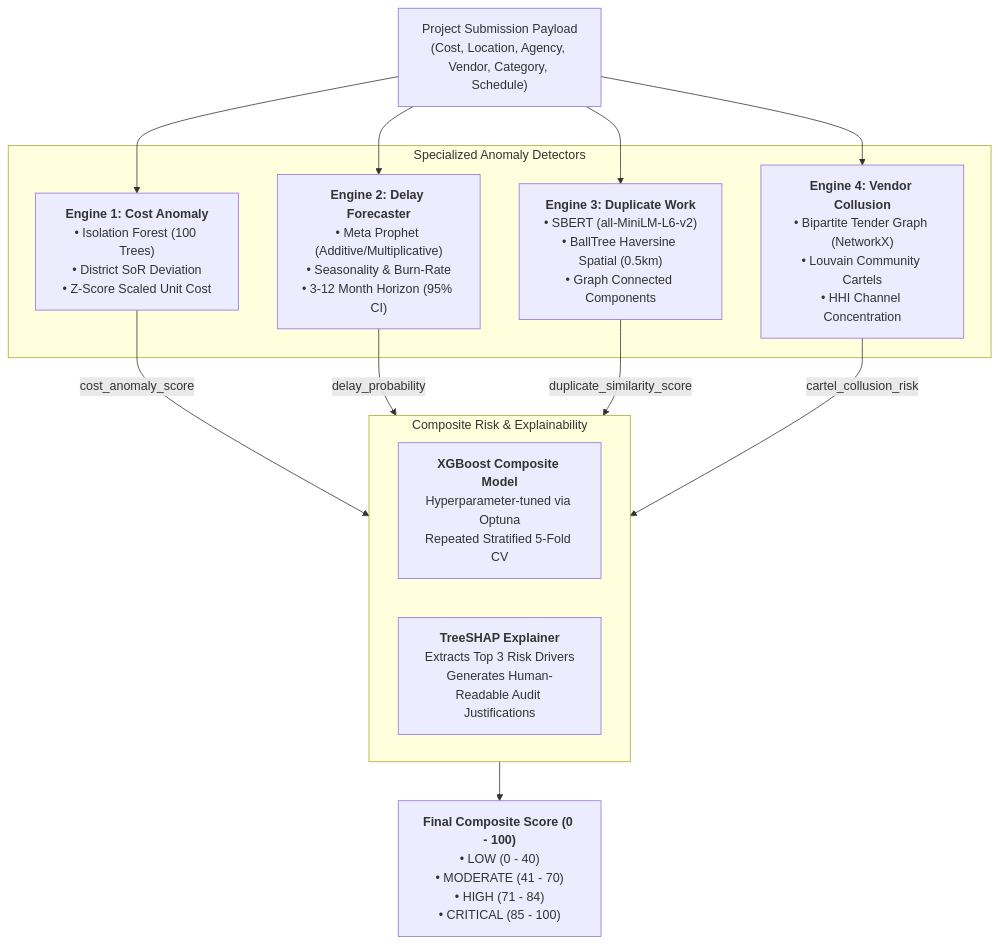
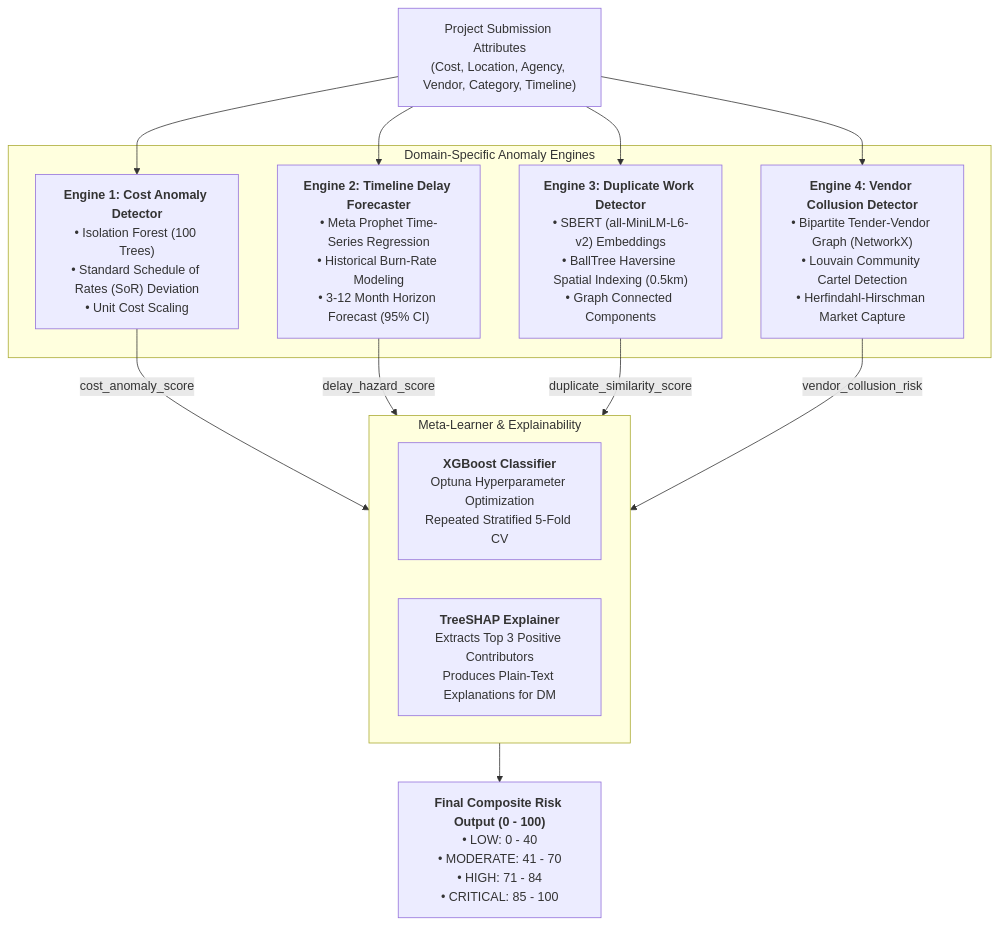
One commit to EvilLucifer00/MPLAD-Risk-Monitor changed the fourth of 7 diagrams in README.md. Above: the diagram before and after it, drawn with Mermaid. The commit also changed other lines of this file, not shown here.

````diff
--- a/README.md
+++ b/README.md
@@ -231,23 +198,23 @@
 ```mermaid
 flowchart TD
-    Raw["Project Submission Payload<br/>(Cost, Location, Agency, Vendor, Category, Schedule)"] --> E1 & E2 & E3 & E4
+    Payload["Project Submission Attributes<br/>(Cost, Location, Agency, Vendor, Category, Timeline)"] --> E1 & E2 & E3 & E4
 
-    subgraph Engines ["Specialized Anomaly Detectors"]
-        E1["<b>Engine 1: Cost Anomaly</b><br/>• Isolation Forest (100 Trees)<br/>• District SoR Deviation<br/>• Z-Score Scaled Unit Cost"]
-        E2["<b>Engine 2: Delay Forecaster</b><br/>• Meta Prophet (Additive/Multiplicative)<br/>• Seasonality & Burn-Rate<br/>• 3-12 Month Horizon (95% CI)"]
-        E3["<b>Engine 3: Duplicate Work</b><br/>• SBERT (all-MiniLM-L6-v2)<br/>• BallTree Haversine Spatial (0.5km)<br/>• Graph Connected Components"]
-        E4["<b>Engine 4: Vendor Collusion</b><br/>• Bipartite Tender Graph (NetworkX)<br/>• Louvain Community Cartels<br/>• HHI Channel Concentration"]
+    subgraph Detectors ["Domain-Specific Anomaly Engines"]
+        E1["<b>Engine 1: Cost Anomaly Detector</b><br/>• Isolation Forest (100 Trees)<br/>• Standard Schedule of Rates (SoR) Deviation<br/>• Unit Cost Scaling"]
+        E2["<b>Engine 2: Timeline Delay Forecaster</b><br/>• Meta Prophet Time-Series Regression<br/>• Historical Burn-Rate Modeling<br/>• 3-12 Month Horizon Forecast (95% CI)"]
+        E3["<b>Engine 3: Duplicate Work Detector</b><br/>• SBERT (all-MiniLM-L6-v2) Embeddings<br/>• BallTree Haversine Spatial Indexing (0.5km)<br/>• Graph Connected Components"]
+        E4["<b>Engine 4: Vendor Collusion Detector</b><br/>• Bipartite Tender-Vendor Graph (NetworkX)<br/>• Louvain Community Cartel Detection<br/>• Herfindahl-Hirschman Market Capture"]
     end
 
     E1 -->|"cost_anomaly_score"| Meta
-    E2 -->|"delay_probability"| Meta
+    E2 -->|"delay_hazard_score"| Meta
     E3 -->|"duplicate_similarity_score"| Meta
-    E4 -->|"cartel_collusion_risk"| Meta
+    E4 -->|"vendor_collusion_risk"| Meta
 
-    subgraph Meta ["Composite Risk & Explainability"]
-        XGB["<b>XGBoost Composite Model</b><br/>Hyperparameter-tuned via Optuna<br/>Repeated Stratified 5-Fold CV"]
-        SHAP["<b>TreeSHAP Explainer</b><br/>Extracts Top 3 Risk Drivers<br/>Generates Human-Readable Audit Justifications"]
+    subgraph Meta ["Meta-Learner & Explainability"]
+        XGB["<b>XGBoost Classifier</b><br/>Optuna Hyperparameter Optimization<br/>Repeated Stratified 5-Fold CV"]
+        SHAP["<b>TreeSHAP Explainer</b><br/>Extracts Top 3 Positive Contributors<br/>Produces Plain-Text Explanations for DM"]
     end
 
-    Meta --> Output["<b>Final Composite Score (0 - 100)</b><br/>• LOW (0 - 40)<br/>• MODERATE (41 - 70)<br/>• HIGH (71 - 84)<br/>• CRITICAL (85 - 100)"]
+    Meta --> Score["<b>Final Composite Risk Output (0 - 100)</b><br/>• LOW: 0 - 40<br/>• MODERATE: 41 - 70<br/>• HIGH: 71 - 84<br/>• CRITICAL: 85 - 100"]
 ```
````
